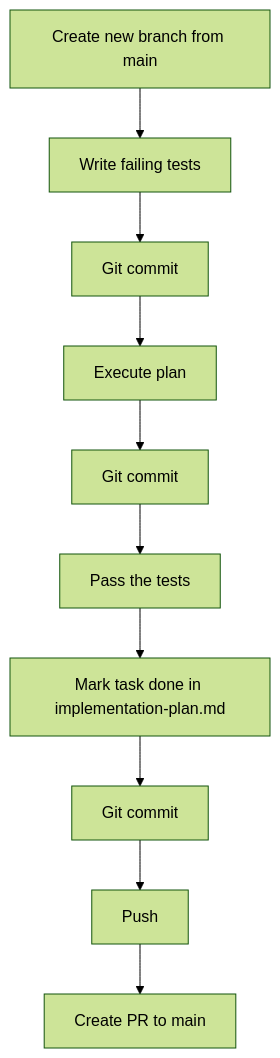
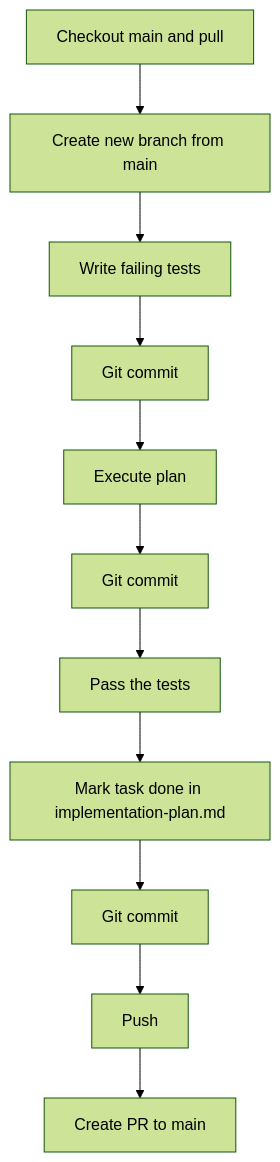
The diagram in .claude/rules/git-workflow.md (doccerz/iam-microservice), drawn with Mermaid (forest theme) before and after one commit. The commit also changed other lines of this file and 1 other file, not shown here.

Commit message:
docs(task-4.1): mark task complete in implementation plan

````diff
--- a/.claude/rules/git-workflow.md
+++ b/.claude/rules/git-workflow.md
@@ -30,12 +31,13 @@
 ```mermaid
 graph TD
-    Z[Create new branch from main] --> A[Write failing tests]
+    Y[Checkout main and pull] --> Z[Create new branch from main]
+    Z --> A[Write failing tests]
     A --> B[Git commit]
     B --> C[Execute plan]
     C --> D[Git commit]
     D --> E[Pass the tests]
     E --> F[Mark task done in implementation-plan.md]
     F --> G[Git commit]
     G --> H[Push]
     H --> I[Create PR to main]
 ```
````
